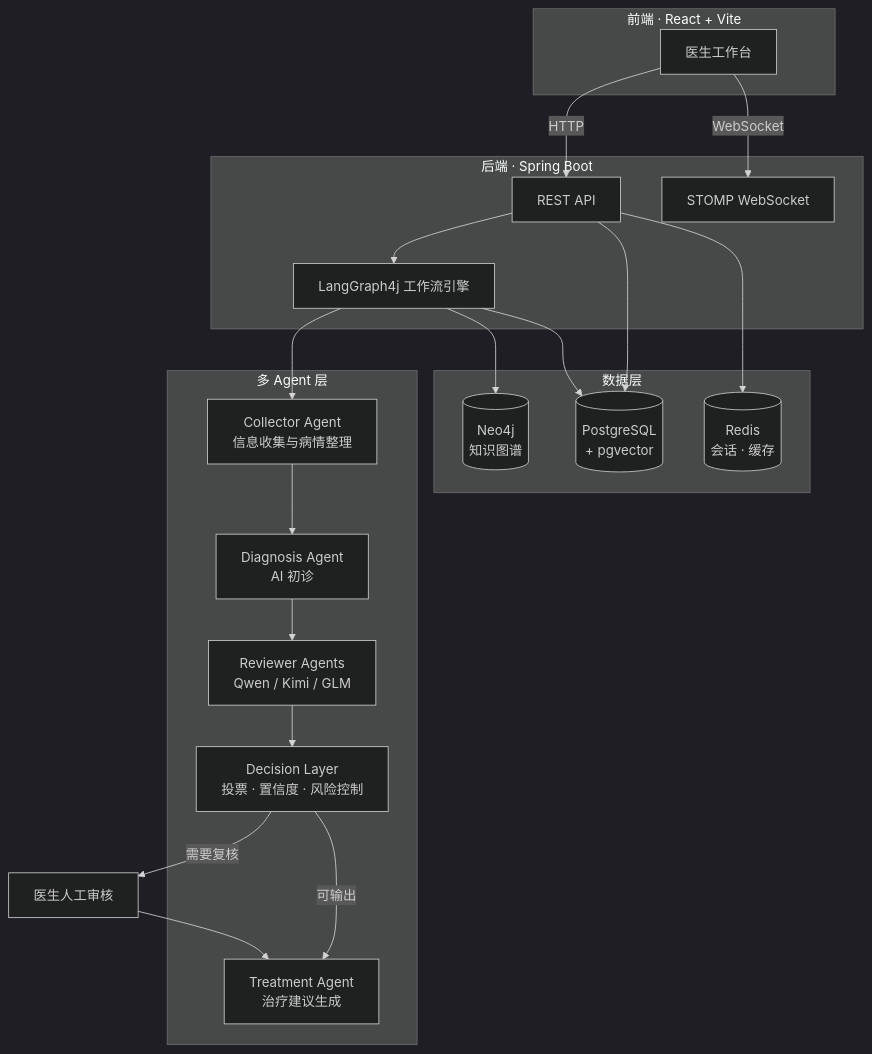
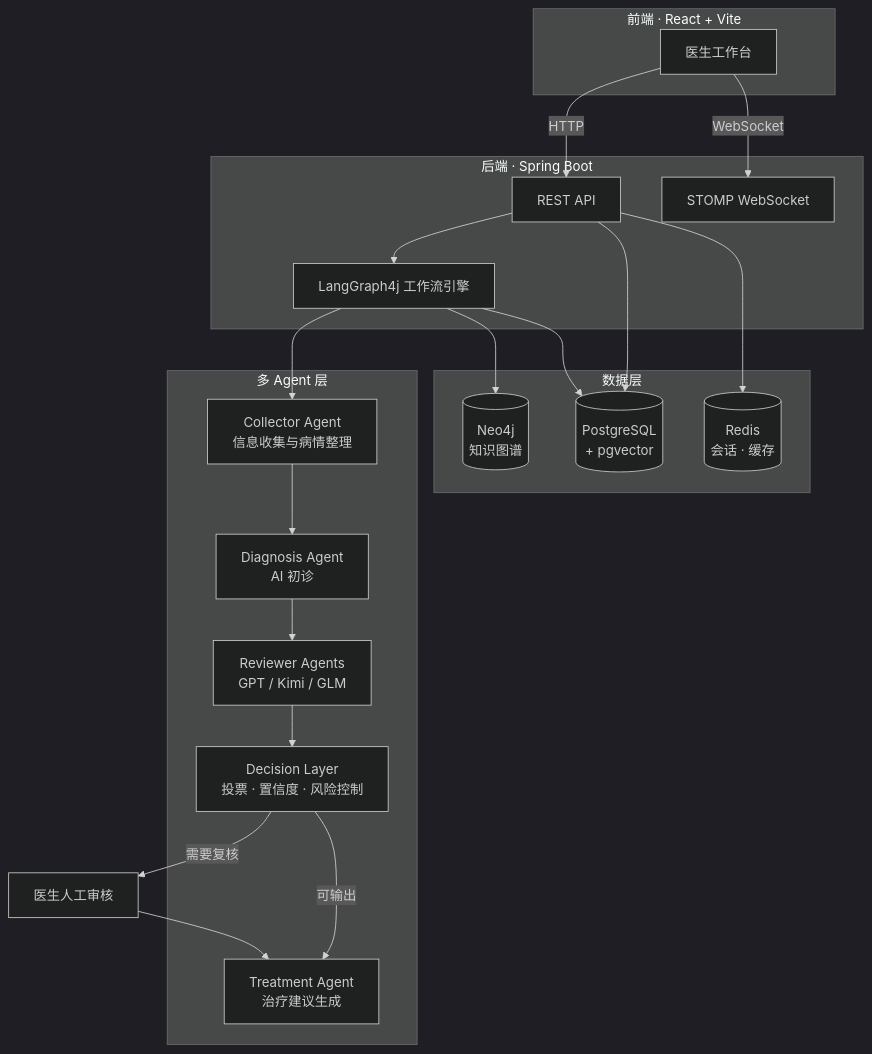
Before and after one commit to LoftyTao0622/MedConsensus: the first of 2 diagrams in README.md, drawn with Mermaid (dark theme). The commit also changed other lines of this file, not shown here.

````diff
--- a/README.md
+++ b/README.md
@@ -40,39 +40,39 @@
 ```mermaid
 flowchart TD
     subgraph Frontend["前端 · React + Vite"]
         UI["医生工作台"]
     end
 
     subgraph Backend["后端 · Spring Boot"]
         API["REST API"]
         WS["STOMP WebSocket"]
         WF["LangGraph4j 工作流引擎"]
     end
 
     subgraph Agents["多 Agent 层"]
         C["Collector Agent<br/>信息收集与病情整理"]
         D["Diagnosis Agent<br/>AI 初诊"]
-        R["Reviewer Agents<br/>Qwen / Kimi / GLM"]
+        R["Reviewer Agents<br/>GPT / Kimi / GLM"]
         DL["Decision Layer<br/>投票 · 置信度 · 风险控制"]
         T["Treatment Agent<br/>治疗建议生成"]
     end
 
     subgraph Storage["数据层"]
         PG[("PostgreSQL<br/>+ pgvector")]
         REDIS[("Redis<br/>会话 · 缓存")]
         NEO[("Neo4j<br/>知识图谱")]
     end
 
     UI -->|HTTP| API
     UI -->|WebSocket| WS
     API --> WF
     WF --> C --> D
     D --> R --> DL
     DL -->|需要复核| H["医生人工审核"]
     DL -->|可输出| T
     H --> T
     API --> PG
     API --> REDIS
     WF --> NEO
     WF --> PG
 ```
````
